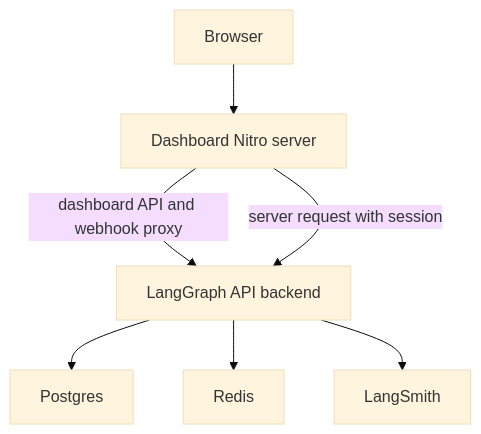
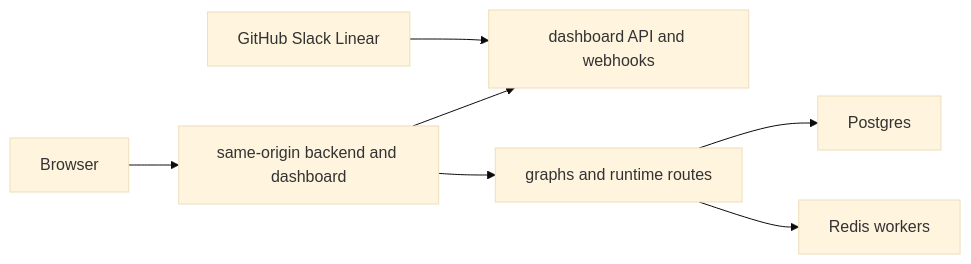
Before and after one commit to langchain-ai/open-swe: the second of 2 diagrams in openwiki/operations/deployment.md, drawn with Mermaid (base theme). The commit also changed other lines of this file and 52 other files, not shown here.

````diff
--- a/openwiki/operations/deployment.md
+++ b/openwiki/operations/deployment.md
@@ -158,9 +135,9 @@
 ```mermaid
-flowchart TD
-  Browser["Browser"] --> Dashboard["Dashboard Nitro server"]
-  Dashboard -->|"dashboard API and webhook proxy"| Backend["LangGraph API backend"]
-  Dashboard -->|"server request with session"| Backend
-  Backend --> Postgres["Postgres"]
-  Backend --> Redis["Redis"]
-  Backend --> LangSmith["LangSmith"]
+flowchart LR
+  User["Browser"] --> Origin["same-origin backend and dashboard"]
+  Origin --> FastAPI["dashboard API and webhooks"]
+  Origin --> LangGraph["graphs and runtime routes"]
+  LangGraph --> Postgres["Postgres"]
+  LangGraph --> Redis["Redis workers"]
+  Webhook["GitHub Slack Linear"] --> FastAPI
 ```
````
